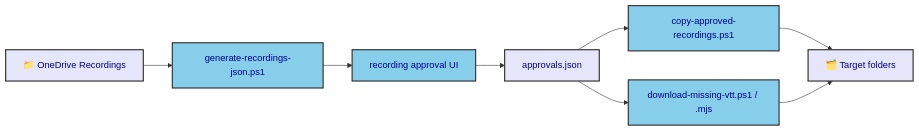
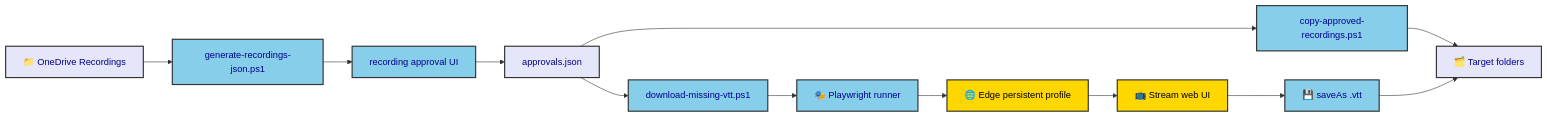
Before and after one commit to teohsinyee/teams-recording-filing-ops: the second of 5 diagrams in docs/recording-automation-overview.md, drawn with Mermaid. The commit also changed other lines of this file, not shown here.

Commit message:
docs: expand automation flow diagrams

````diff
--- a/docs/recording-automation-overview.md
+++ b/docs/recording-automation-overview.md
@@ -41,15 +41,21 @@
 ```mermaid
 flowchart LR
     Source["📁 OneDrive Recordings"] --> Generator["generate-recordings-json.ps1"]
     Generator --> UI["recording approval UI"]
     UI --> Approvals["approvals.json"]
     Approvals --> Copier["copy-approved-recordings.ps1"]
-    Approvals --> VttBot["download-missing-vtt.ps1 / .mjs"]
+    Approvals --> VttBot["download-missing-vtt.ps1"]
+    VttBot --> Playwright["🎭 Playwright runner"]
+    Playwright --> Edge["🌐 Edge persistent profile"]
+    Edge --> Stream["📺 Stream web UI"]
     Copier --> Targets["🗂️ Target folders"]
-    VttBot --> Targets
+    Stream --> VttSave["💾 saveAs .vtt"]
+    VttSave --> Targets
 
     classDef primary fill:#87CEEB,stroke:#333,stroke-width:2px,color:darkblue
     classDef storage fill:#E6E6FA,stroke:#333,stroke-width:2px,color:darkblue
+    classDef web fill:#FFD700,stroke:#333,stroke-width:2px,color:black
     class Source,Targets,Approvals storage
-    class Generator,UI,Copier,VttBot primary
+    class Generator,UI,Copier,VttBot,Playwright,VttSave primary
+    class Edge,Stream web
 ```
````
